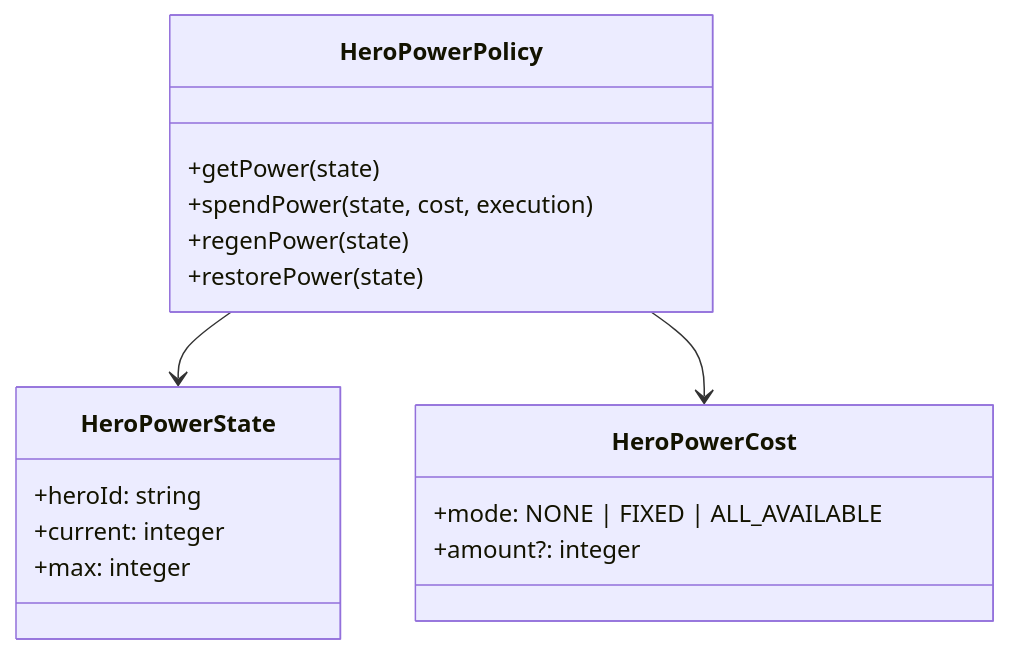
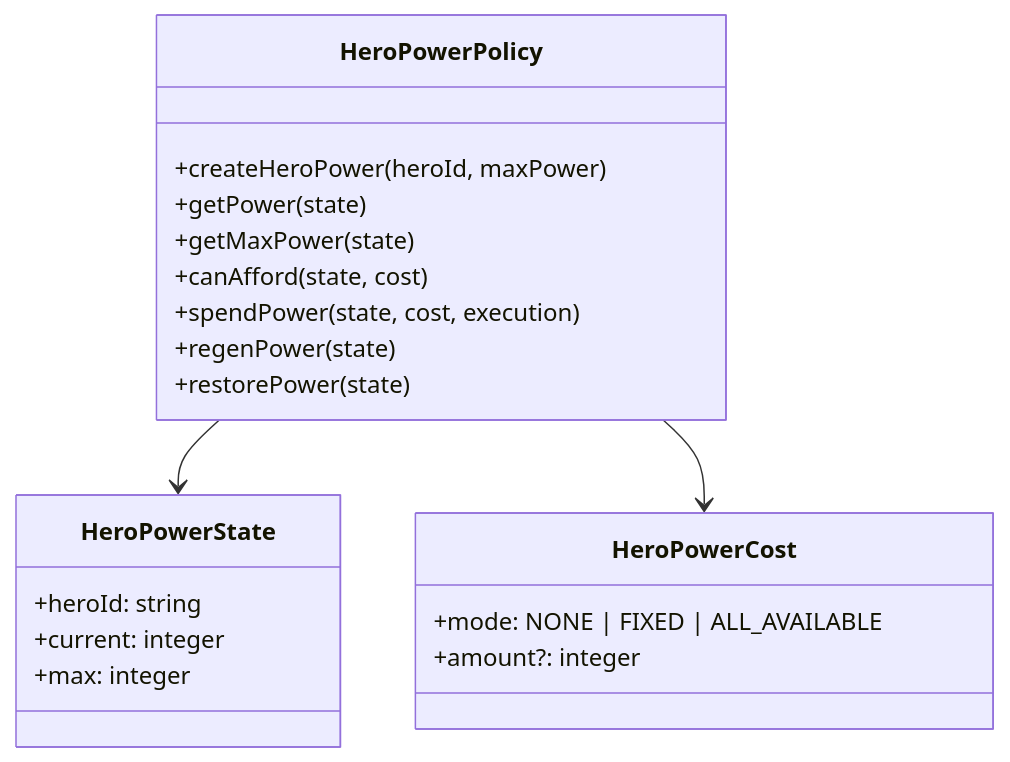
One commit to Nexus-Battle-VI/Nexus-Battle-Player-Inventory changed the third of 3 diagrams in docs/hu-11-power.md. Above: the diagram before and after it, drawn with Mermaid. The commit also changed other lines of this file and 3 other files, not shown here.

````diff
--- a/docs/hu-11-power.md
+++ b/docs/hu-11-power.md
@@ -87,20 +158,23 @@
 ```mermaid
 classDiagram
   class HeroPowerState {
     +heroId: string
     +current: integer
     +max: integer
   }
   class HeroPowerCost {
     +mode: NONE | FIXED | ALL_AVAILABLE
     +amount?: integer
   }
   class HeroPowerPolicy {
+    +createHeroPower(heroId, maxPower)
     +getPower(state)
+    +getMaxPower(state)
+    +canAfford(state, cost)
     +spendPower(state, cost, execution)
     +regenPower(state)
     +restorePower(state)
   }
   HeroPowerPolicy --> HeroPowerState
   HeroPowerPolicy --> HeroPowerCost
 ```
````
